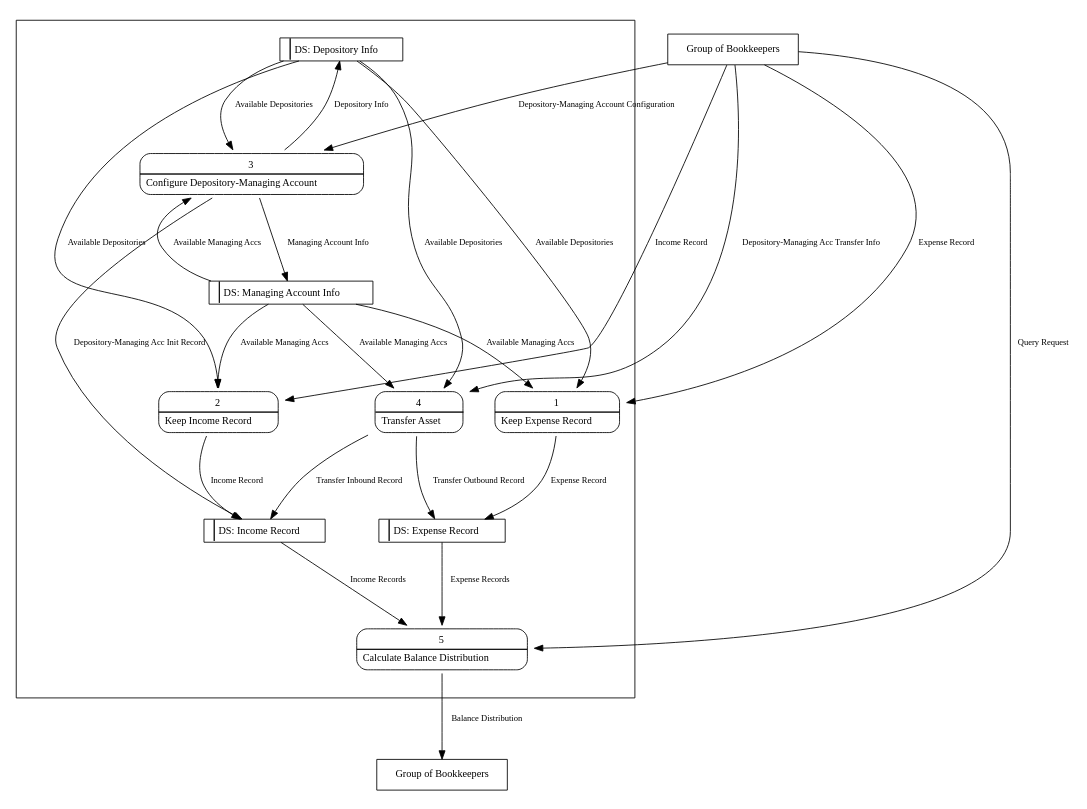
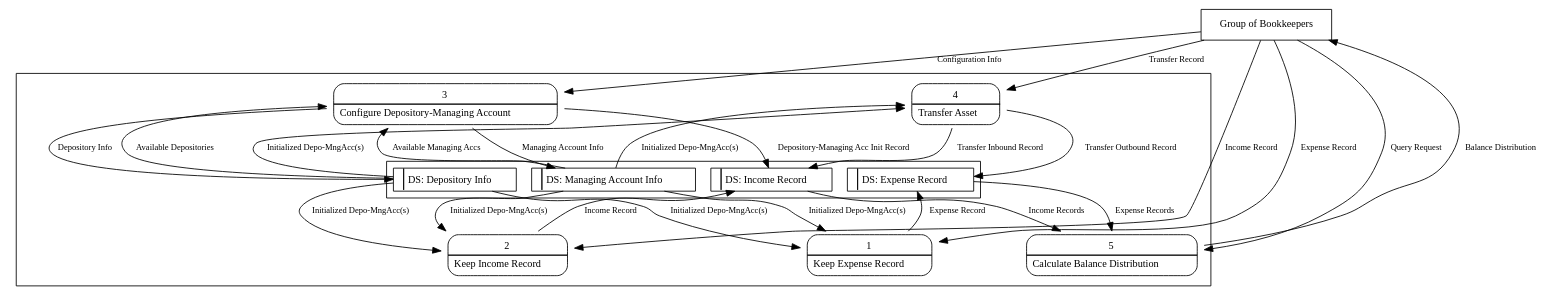
One commit to raniantheone/Bookkeeping_Nodejs changed the seventh of 12 diagrams in System_Analysis.md. Above: the diagram before and after it, drawn with Graphviz. The commit also changed other lines of this file and 1 other file, not shown here.

Commit message:
Try to make DFD lv 0 less ambiguous

````diff
--- a/System_Analysis.md
+++ b/System_Analysis.md
@@ -169,13 +168,13 @@
 ```dot
 digraph Diagram_0{
 
-        splines=curve;
-        ratio=1;
+
+
+        ratio="compress"
         node [ fontsize=12 ];
         edge [ fontsize=10 ];
 
-        enti1input [label="Group of Bookkeepers" shape=box];          
-        enti1output [label="Group of Bookkeepers" shape=box];
+        enti1 [label="Group of Bookkeepers" shape=box];          
 
         subgraph cluster_system{
           proc1 [label=<
@@ -243,78 +242,82 @@
             >,
             shape=none
           ];
-          datastore1[
-            shape="plain",
-            label=<
-              <table CELLBORDER="0" CELLPADDING="4">
-                <tr>
-                  <td></td>
-                  <vr/>
-                  <td>DS: Expense Record</td>
-                </tr>
-              </table>
-            >
-          ];
-          datastore2[
-            shape="plain",
-            label=<
-              <table CELLBORDER="0" CELLPADDING="4">
-                <tr>
-                  <td></td>
-                  <vr/>
-                  <td>DS: Income Record</td>
-                </tr>
-              </table>
-            >
-          ];
-          datastore3[
-            shape="plain",
-            label=<
-              <table CELLBORDER="0" CELLPADDING="4">
-                <tr>
-                  <td></td>
-                  <vr/>
-                  <td>DS: Depository Info</td>
-                </tr>
-              </table>
-            >
-          ];
-          datastore4[
-            shape="plain",
-            label=<
-              <table CELLBORDER="0" CELLPADDING="4">
-                <tr>
-                  <td></td>
-                  <vr/>
-                  <td>DS: Managing Account Info</td>
-                </tr>
-              </table>
-            >
-          ];
+
+          subgraph cluster_system{
+            datastore1[
+              shape="plain",
+              label=<
+                <table CELLBORDER="0" CELLPADDING="4">
+                  <tr>
+                    <td></td>
+                    <vr/>
+                    <td>DS: Expense Record</td>
+                  </tr>
+                </table>
+              >
+            ];
+            datastore2[
+              shape="plain",
+              label=<
+                <table CELLBORDER="0" CELLPADDING="4">
+                  <tr>
+                    <td></td>
+                    <vr/>
+                    <td>DS: Income Record</td>
+                  </tr>
+                </table>
+              >
+            ];
+            datastore3[
+              shape="plain",
+              label=<
+                <table CELLBORDER="0" CELLPADDING="4">
+                  <tr>
+                    <td></td>
+                    <vr/>
+                    <td>DS: Depository Info</td>
+                  </tr>
+                </table>
+              >
+            ];
+            datastore4[
+              shape="plain",
+              label=<
+                <table CELLBORDER="0" CELLPADDING="4">
+                  <tr>
+                    <td></td>
+                    <vr/>
+                    <td>DS: Managing Account Info</td>
+                  </tr>
+                </table>
+              >
+            ];
+          }
+
         }
 
-        enti1input -> proc1 [ label = "Expense Record" ];
-        datastore3 -> proc1 [ label = "Available Depositories" ];
-        datastore4 -> proc1 [ label = "Available Managing Accs" ];
+        enti1 -> proc1 [ label = "Expense Record" ];
+        datastore3 -> proc1 [ label = "Initialized Depo-MngAcc(s)" ];
+        datastore4 -> proc1 [ label = "Initialized Depo-MngAcc(s)" ];
         proc1 -> datastore1 [ label = "Expense Record" ];
-        enti1input -> proc2 [ label = "Income Record" ];
-        datastore3 -> proc2 [ label = "Available Depositories" ];
-        datastore4 -> proc2 [ label = "Available Managing Accs" ];
+        enti1 -> proc2 [ label = "Income Record" ];
+        datastore3 -> proc2 [ label = "Initialized Depo-MngAcc(s)" ];
+        datastore4 -> proc2 [ label = "Initialized Depo-MngAcc(s)" ];
         proc2 -> datastore2 [ label = "Income Record" ];
-        enti1input -> proc3 [ label = "Depository-Managing Account Configuration" ];
+        enti1 -> proc3 [ label = "Configuration Info" ];
         datastore3 -> proc3 [ label = "Available Depositories" ];
         datastore4 -> proc3 [ label = "Available Managing Accs" ];
         proc3 -> datastore3 [ label = "Depository Info" ];
         proc3 -> datastore4 [ label = "Managing Account Info" ];
         proc3 -> datastore2 [ label = "Depository-Managing Acc Init Record" ];
-        enti1input -> proc4 [ label = "Depository-Managing Acc Transfer Info" ];
-        datastore3 -> proc4 [ label = "Available Depositories" ];
-        datastore4 -> proc4 [ label = "Available Managing Accs" ];
+        enti1 -> proc4 [ label = "Transfer Record" ];
+        datastore3 -> proc4 [ label = "Initialized Depo-MngAcc(s)" ];
+        datastore4 -> proc4 [ label = "Initialized Depo-MngAcc(s)" ];
         proc4 -> datastore1 [ label = "Transfer Outbound Record" ];
         proc4 -> datastore2 [ label = "Transfer Inbound Record" ];
-        enti1input -> proc5 [ label = "Query Request" ];
+        enti1 -> proc5 [ label = "Query Request" ];
         datastore1 -> proc5 [ label = "Expense Records" ];
         datastore2 -> proc5 [ label = "Income Records" ];
-        proc5 -> enti1output [ label = "Balance Distribution" ];
+        proc5 -> enti1 [ label = "Balance Distribution" ];
 }
 ```
````
